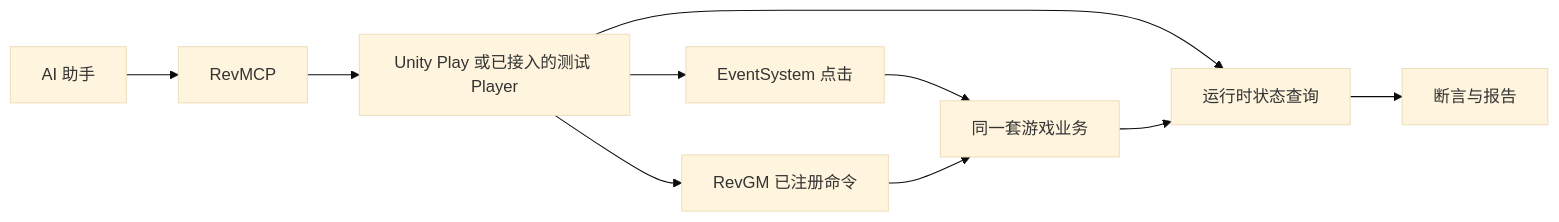
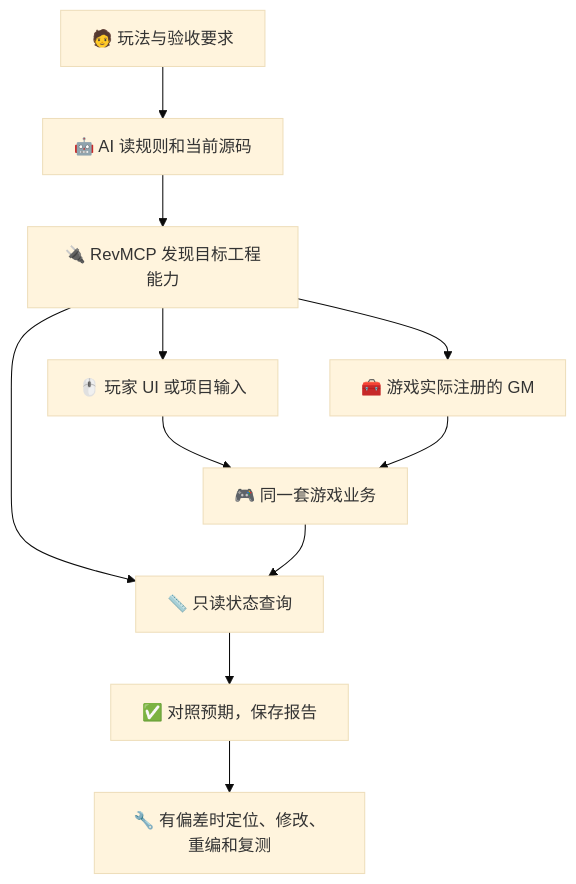
Before and after one commit to Yokino337088/Revolution: the diagram in README.md, drawn with Mermaid (base theme). The commit also changed other lines of this file, not shown here.

Commit message:
扩写 README 三章革命性说明，补充 RevGame 实践与 emoji

````diff
--- a/README.md
+++ b/README.md
@@ -100,12 +210,13 @@
 ```mermaid
-flowchart LR
-    agent["AI 助手"] --> mcp["RevMCP"]
-    mcp --> bridge["Unity Play 或已接入的测试 Player"]
-    bridge --> ui["EventSystem 点击"]
-    bridge --> gm["RevGM 已注册命令"]
-    bridge --> state["运行时状态查询"]
-    ui --> game["同一套游戏业务"]
-    gm --> game
-    game --> state
-    state --> evidence["断言与报告"]
+flowchart TD
+    user["🧑 玩法与验收要求"] --> agent["🤖 AI 读规则和当前源码"]
+    agent --> mcp["🔌 RevMCP 发现目标工程能力"]
+    mcp --> ui["🖱️ 玩家 UI 或项目输入"]
+    mcp --> gm["🧰 游戏实际注册的 GM"]
+    mcp --> query["📏 只读状态查询"]
+    ui --> business["🎮 同一套游戏业务"]
+    gm --> business
+    business --> query
+    query --> check["✅ 对照预期，保存报告"]
+    check --> fix["🔧 有偏差时定位、修改、重编和复测"]
 ```
````
